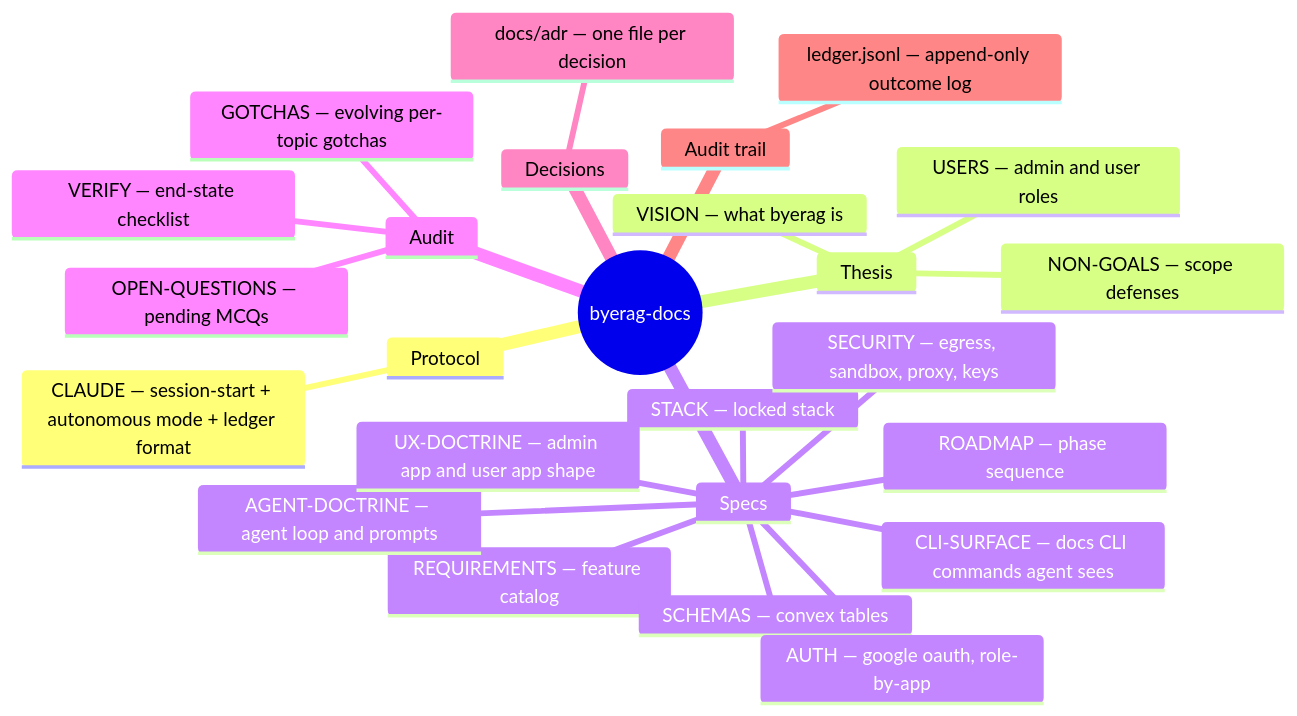
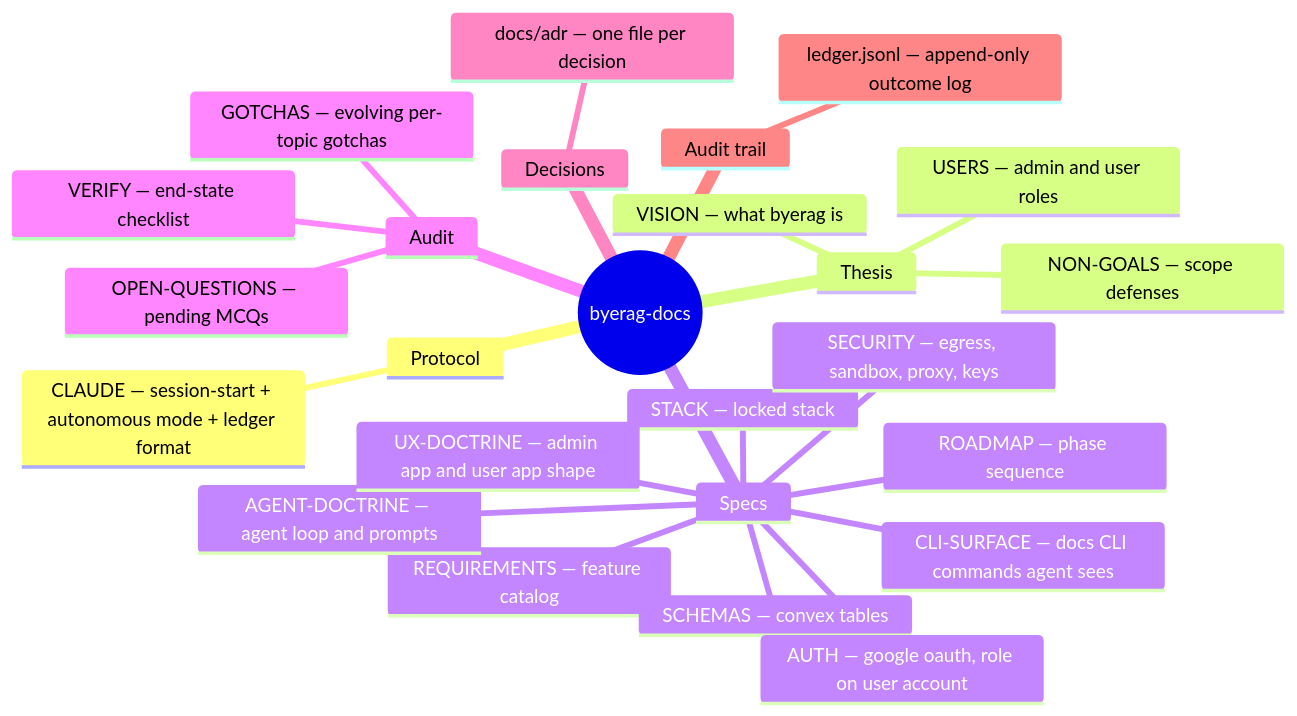
The diagram in README.md (1qh/byerag-doc), drawn with Mermaid before and after one commit. The commit also changed 11 other files, not shown here.

Commit message:
docs: role on userProfiles (replaces role-by-app); BOOTSTRAP_ADMIN_EMAIL env seeds first admin; drop VPN/network-gate references

````diff
--- a/README.md
+++ b/README.md
@@ -5,28 +5,28 @@
 ```mermaid
 mindmap
   root((byerag-docs))
     Protocol
       CLAUDE — session-start + autonomous mode + ledger format
     Thesis
       VISION — what byerag is
       USERS — admin and user roles
       NON-GOALS — scope defenses
     Specs
       REQUIREMENTS — feature catalog
       ROADMAP — phase sequence
       STACK — locked stack
       SCHEMAS — convex tables
-      AUTH — google oauth, role-by-app
+      AUTH — google oauth, role on user account
       AGENT-DOCTRINE — agent loop and prompts
       CLI-SURFACE — docs CLI commands agent sees
       UX-DOCTRINE — admin app and user app shape
       SECURITY — egress, sandbox, proxy, keys
     Audit
       VERIFY — end-state checklist
       GOTCHAS — evolving per-topic gotchas
       OPEN-QUESTIONS — pending MCQs
     Decisions
       docs/adr — one file per decision
     Audit trail
       ledger.jsonl — append-only outcome log
 ```
````
